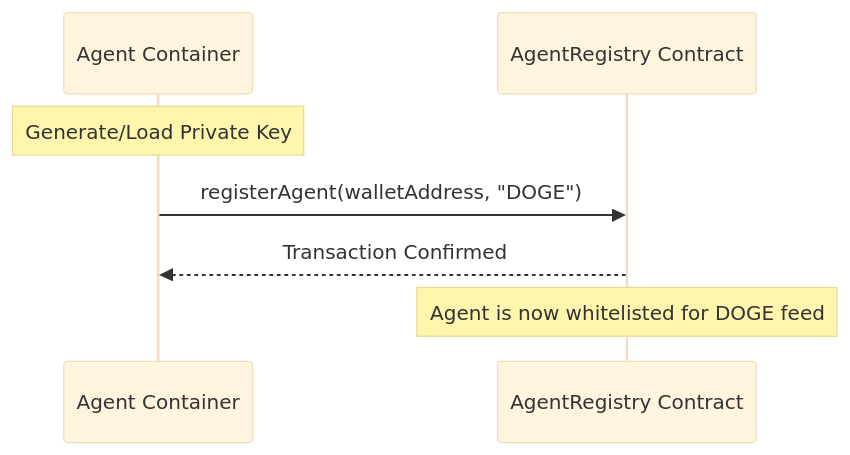
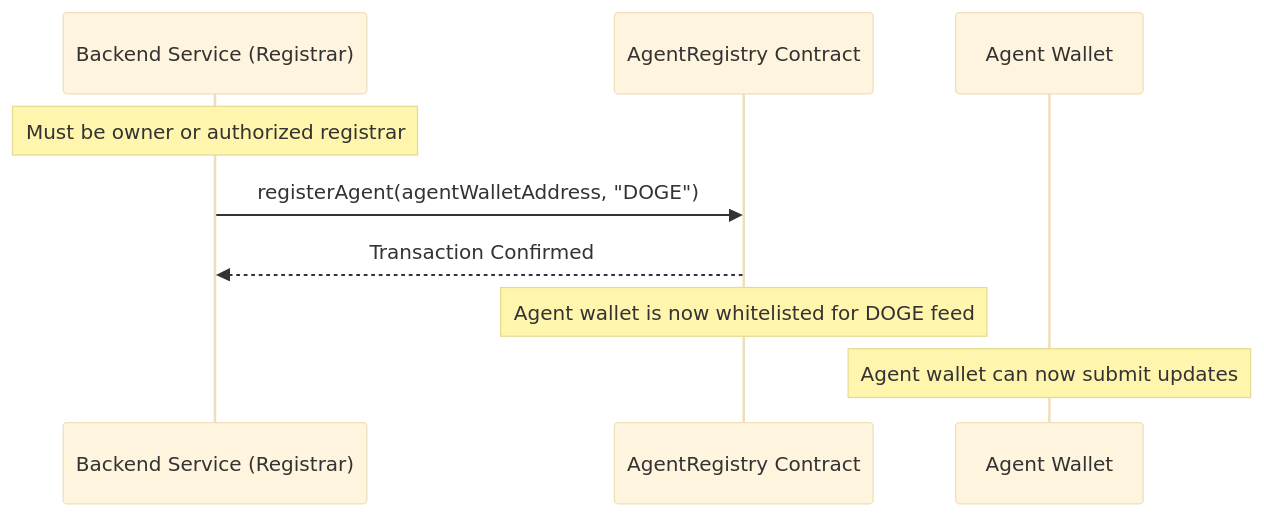
Before and after one commit to woogieboogie-jl/memepulse: the second of 3 diagrams in contracts/CONTRACT_INTEGRATION.md, drawn with Mermaid (base theme). The commit also changed other lines of this file and 59 other files, not shown here.

````diff
--- a/contracts/CONTRACT_INTEGRATION.md
+++ b/contracts/CONTRACT_INTEGRATION.md
@@ -38,10 +47,13 @@
 ```mermaid
 sequenceDiagram
-    participant Agent as Agent Container
+    participant Backend as Backend Service (Registrar)
     participant Registry as AgentRegistry Contract
+    participant Agent as Agent Wallet
     
-    Note over Agent: Generate/Load Private Key
-    Agent->>Registry: registerAgent(walletAddress, "DOGE")
-    Registry-->>Agent: Transaction Confirmed
-    Note over Registry: Agent is now whitelisted for DOGE feed
+    Note over Backend: Must be owner or authorized registrar
+    Backend->>Registry: registerAgent(agentWalletAddress, "DOGE")
+    Registry-->>Backend: Transaction Confirmed
+    Note over Registry: Agent wallet is now whitelisted for DOGE feed
+    
+    Note over Agent: Agent wallet can now submit updates
 ```
````
